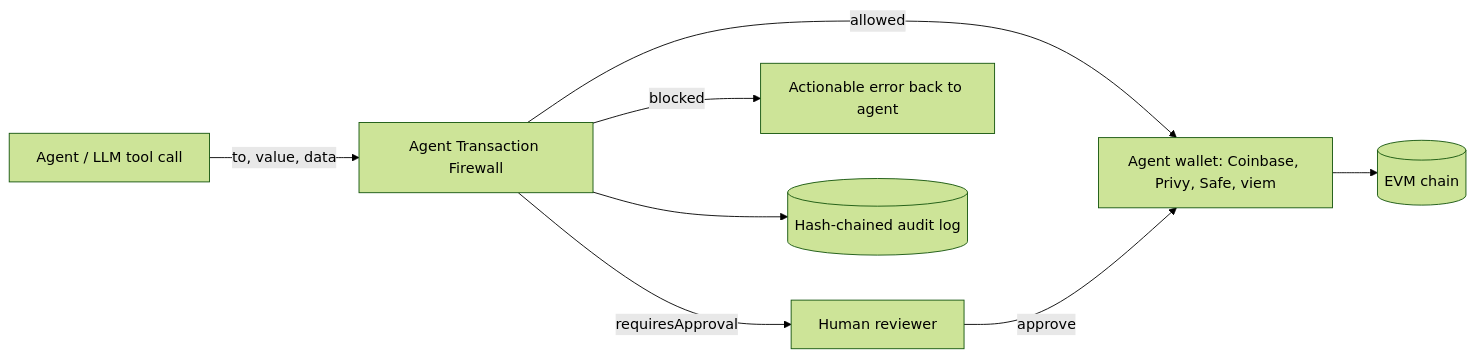
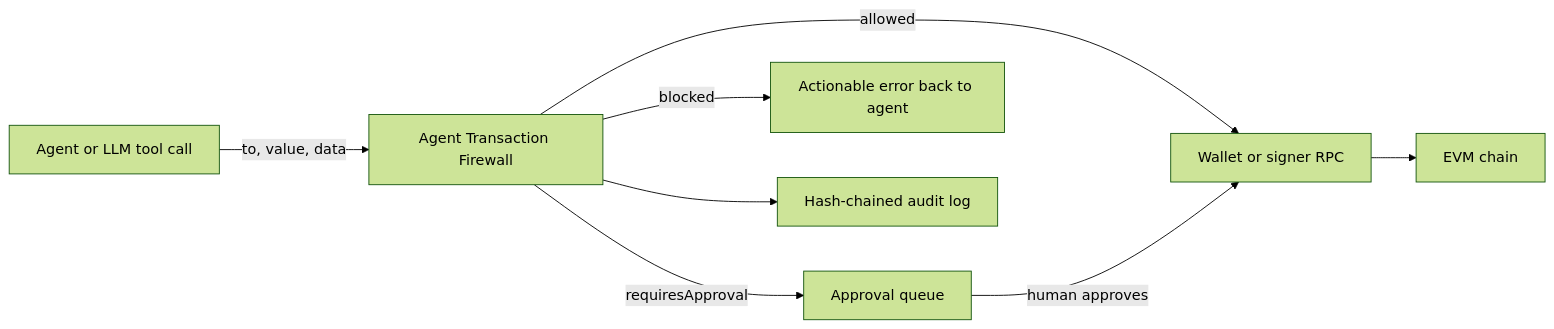
The first of 6 diagrams in README.md (SRIVISHNUGV-DEV/Portcullis), drawn with Mermaid (forest theme) before and after one commit. The commit also changed other lines of this file and 1 other file, not shown here.

````diff
--- a/README.md
+++ b/README.md
@@ -40,9 +72,10 @@
 ```mermaid
 flowchart LR
-  A[Agent / LLM tool call] -->|to, value, data| F[Agent Transaction Firewall]
-  F -->|allowed| W[Agent wallet: Coinbase, Privy, Safe, viem]
-  F -->|requiresApproval| H[Human reviewer] -->|approve| W
-  F -->|blocked| X[Actionable error back to agent]
-  F --> L[(Hash-chained audit log)]
-  W --> C[(EVM chain)]
+    A["Agent or LLM tool call"] -->|to, value, data| F["Agent Transaction Firewall"]
+    F -->|allowed| W["Wallet or signer RPC"]
+    F -->|requiresApproval| Q["Approval queue"]
+    Q -->|human approves| W
+    F -->|blocked| X["Actionable error back to agent"]
+    F --> L["Hash-chained audit log"]
+    W --> C["EVM chain"]
 ```
````
